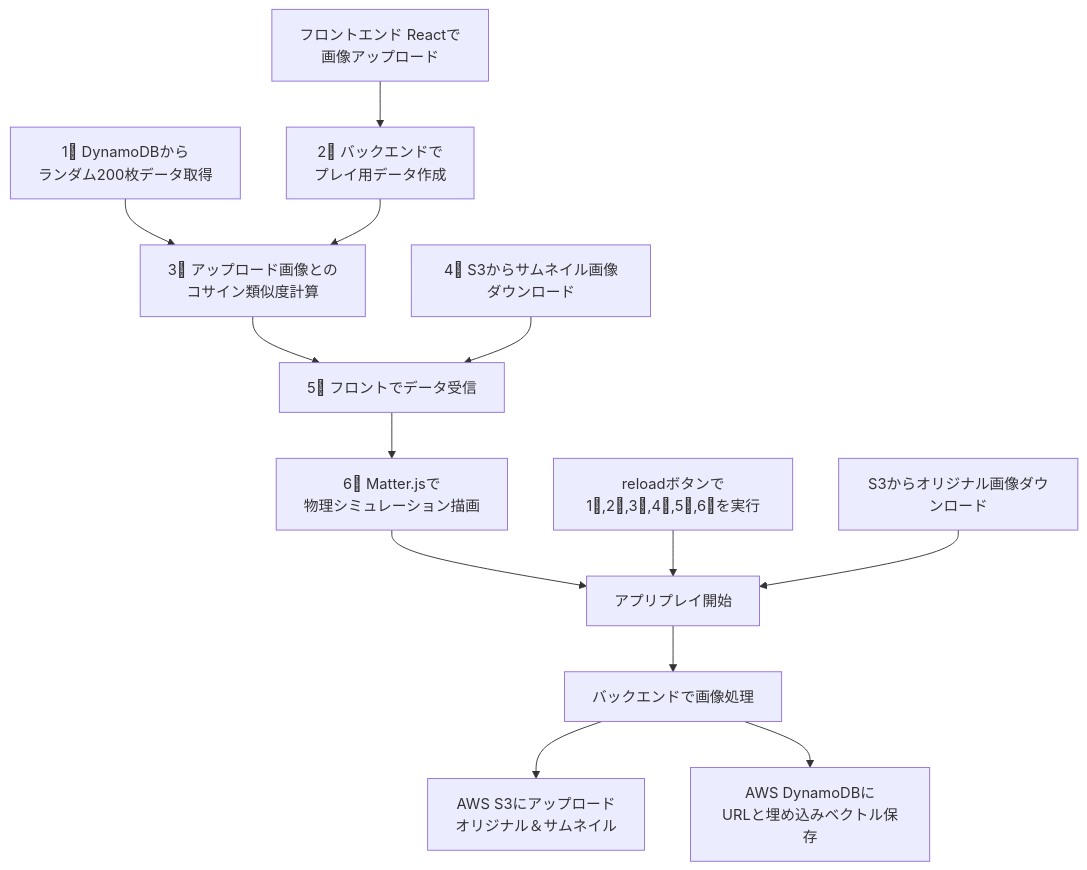
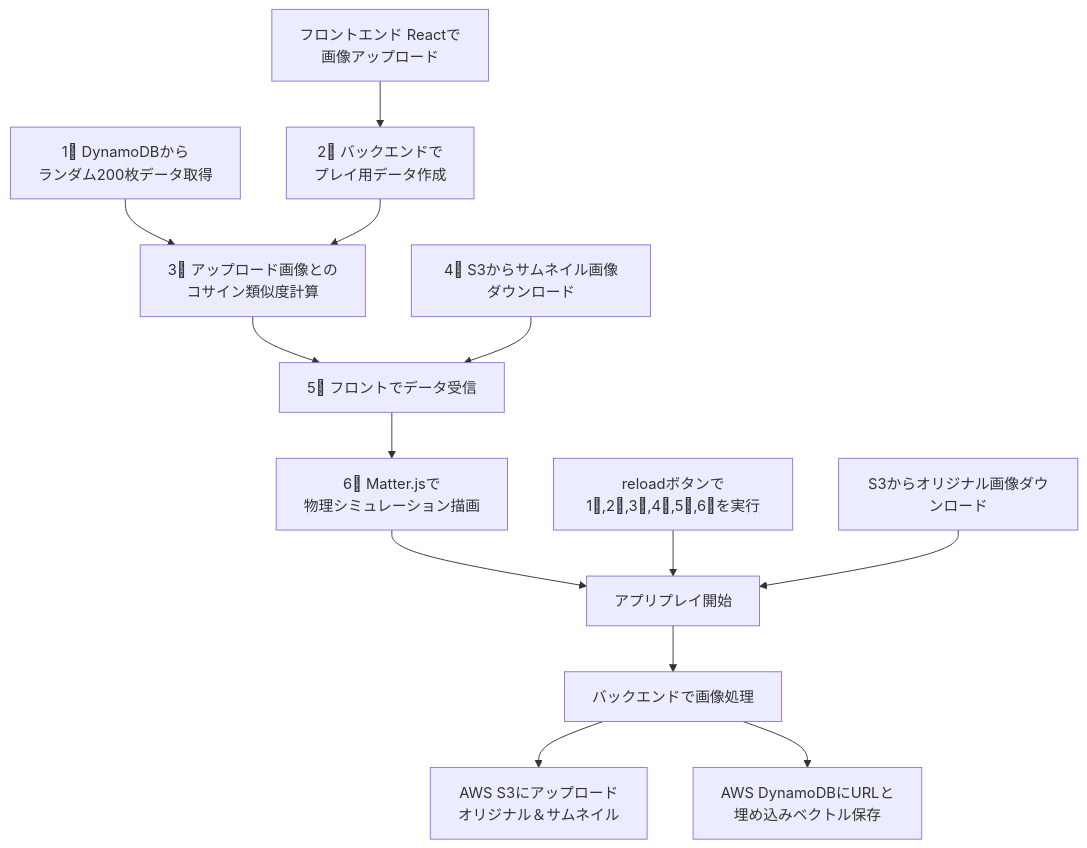
One commit to tukaharu2/portfolio changed the second of 2 diagrams in similar_image_project/README.md. Above: the diagram before and after it, drawn with Mermaid. The commit also changed other lines of this file, not shown here.

````diff
--- a/similar_image_project/README.md
+++ b/similar_image_project/README.md
@@ -44,15 +44,15 @@
 ```mermaid
 flowchart TD
     F[フロントエンド Reactで<br>画像アップロード] --> G[2⃣ バックエンドで<br>プレイ用データ作成]
     H[1⃣ DynamoDBから<br>ランダム200枚データ取得] --> I
     G --> I[3⃣ アップロード画像との<br>コサイン類似度計算]
     I --> J[5⃣ フロントでデータ受信]
     K[4⃣ S3からサムネイル画像ダウンロード]　--> J
     J --> L[6⃣ Matter.jsで<br>物理シミュレーション描画]
     L --> M[アプリプレイ開始]
     R[reloadボタンで1⃣,2⃣,3⃣,4⃣,5⃣,6⃣を実行] --> M
     Q[S3からオリジナル画像ダウンロード] --> M
     M --> N[バックエンドで画像処理]
     N --> O[AWS S3にアップロード<br>オリジナル＆サムネイル]
-    N --> P[AWS DynamoDBに<br>URLと埋め込みベクトル保存]
+    N --> P[AWS DynamoDBにURLと<br>埋め込みベクトル保存]
 ```
````
